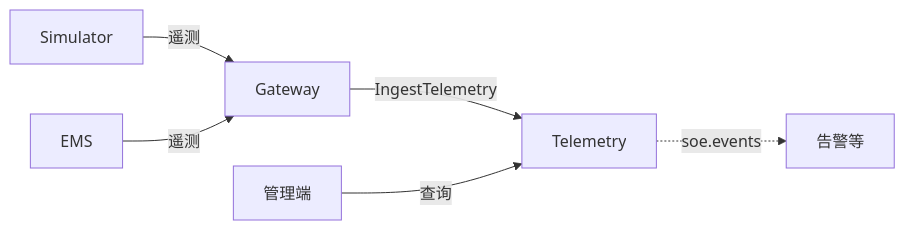
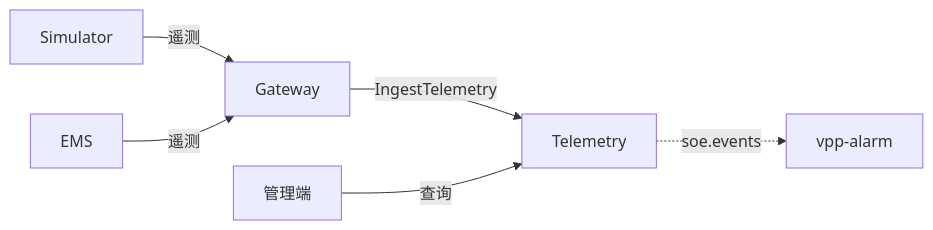
The second of 2 diagrams in internal/telemetry/OVERVIEW.md (mushroomyuan/vpp-backend), drawn with Mermaid before and after one commit. The commit also changed other lines of this file and 95 other files, not shown here.

First line of the commit message:
feat(alarm): add vpp-alarm for task.failed and SOE ingest

````diff
--- a/internal/telemetry/OVERVIEW.md
+++ b/internal/telemetry/OVERVIEW.md
@@ -92,8 +92,8 @@
 ```mermaid
 flowchart LR
     Sim[Simulator] -->|遥测| GW[Gateway]
     EMS[EMS] -->|遥测| GW
     GW -->|IngestTelemetry| Tel[Telemetry]
-    Tel -.->|soe.events| Alert[告警等]
+    Tel -.->|soe.events| Alarm[vpp-alarm]
     Admin[管理端] -->|查询| Tel
 ```
````
